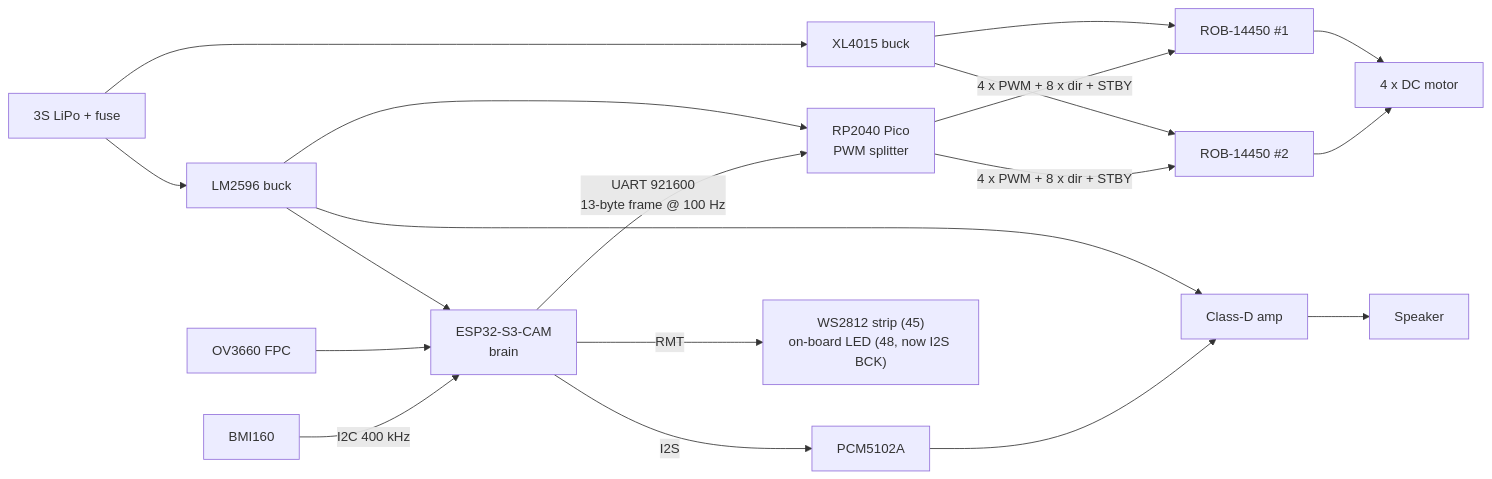
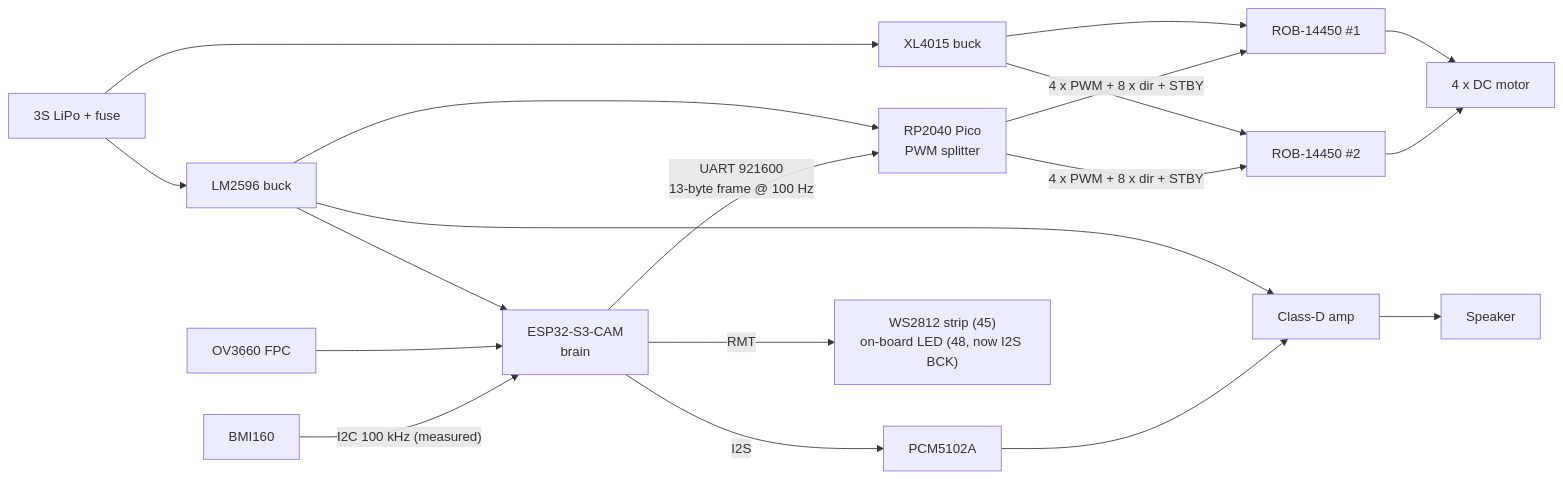
The diagram in docs/circuit-plan.md (botero-dev/usbbog-realidad-mixta), drawn with Mermaid before and after one commit. The commit also changed other lines of this file and 6 other files, not shown here.

Commit message:
BMI160 IMU now working

````diff
--- a/docs/circuit-plan.md
+++ b/docs/circuit-plan.md
@@ -33,22 +33,22 @@
 ```mermaid
 flowchart LR
   BAT["3S LiPo + fuse"] --> XL["XL4015 buck"]
   BAT --> LM["LM2596 buck"]
   XL --> T1["ROB-14450 #1"]
   XL --> T2["ROB-14450 #2"]
 
   LM --> S3["ESP32-S3-CAM<br/>brain"]
   LM --> PICO["RP2040 Pico<br/>PWM splitter"]
   LM --> AMP["Class-D amp"]
 
   CAM["OV3660 FPC"] --> S3
-  IMU["BMI160"] -- "I2C 400 kHz" --> S3
+  IMU["BMI160"] -- "I2C 100 kHz (measured)" --> S3
   S3 -- "I2S" --> DAC["PCM5102A"] --> AMP --> SPK["Speaker"]
   S3 -- "UART 921600<br/>13-byte frame @ 100 Hz" --> PICO
   S3 -- "RMT" --> LED["WS2812 strip (45)<br/>on-board LED (48, now I2S BCK)"]
 
   PICO -- "4 x PWM + 8 x dir + STBY" --> T1
   PICO -- "4 x PWM + 8 x dir + STBY" --> T2
   T1 --> M["4 x DC motor"]
   T2 --> M
 ```
````
